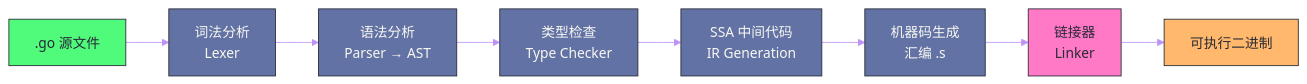
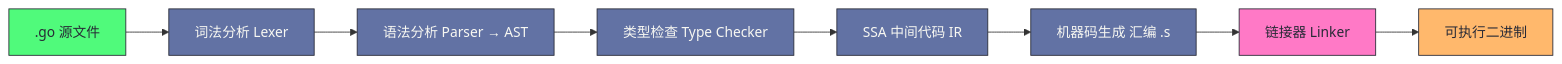
One commit to hpliStartAgain/my-brain changed the diagram in content/Golang/Go工程实践/06 Go 编译与链接——从源码到二进制.md. Above: the diagram before and after it, drawn with Mermaid. The commit also changed other lines of this file and 30 other files, not shown here.

````diff
--- a/content/Golang/Go工程实践/06 Go 编译与链接——从源码到二进制.md
+++ b/content/Golang/Go工程实践/06 Go 编译与链接——从源码到二进制.md
@@ -22,19 +22,19 @@
 ```mermaid
-%%{init: {'theme': 'base', 'themeVariables': {'primaryColor': '#6272a4', 'primaryTextColor': '#f8f8f2', 'primaryBorderColor': '#44475a', 'lineColor': '#bd93f9', 'secondaryColor': '#44475a', 'background': '#282a36'}}}%%
+%%{init: {'theme': 'dracula'}}%%
 graph LR
     classDef source fill:#50fa7b,stroke:#282a36,color:#282a36
     classDef compile fill:#6272a4,stroke:#282a36,color:#f8f8f2
     classDef link fill:#ff79c6,stroke:#282a36,color:#282a36
     classDef output fill:#ffb86c,stroke:#282a36,color:#282a36
 
     A[".go 源文件"]:::source
-    B["词法分析</br>Lexer"]:::compile
-    C["语法分析</br>Parser → AST"]:::compile
-    D["类型检查</br>Type Checker"]:::compile
-    E["SSA 中间代码</br>IR Generation"]:::compile
-    F["机器码生成</br>汇编 .s"]:::compile
-    G["链接器</br>Linker"]:::link
+    B["词法分析 Lexer"]:::compile
+    C["语法分析 Parser → AST"]:::compile
+    D["类型检查 Type Checker"]:::compile
+    E["SSA 中间代码 IR"]:::compile
+    F["机器码生成 汇编 .s"]:::compile
+    G["链接器 Linker"]:::link
     H["可执行二进制"]:::output
 
     A --> B --> C --> D --> E --> F --> G --> H
 ```
````
